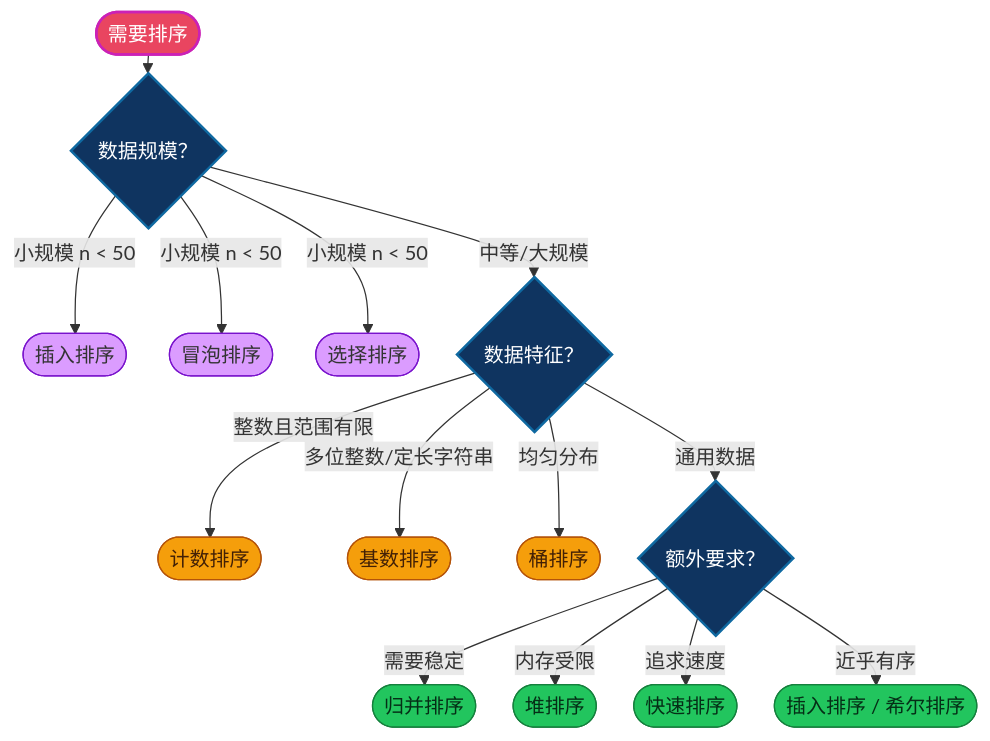
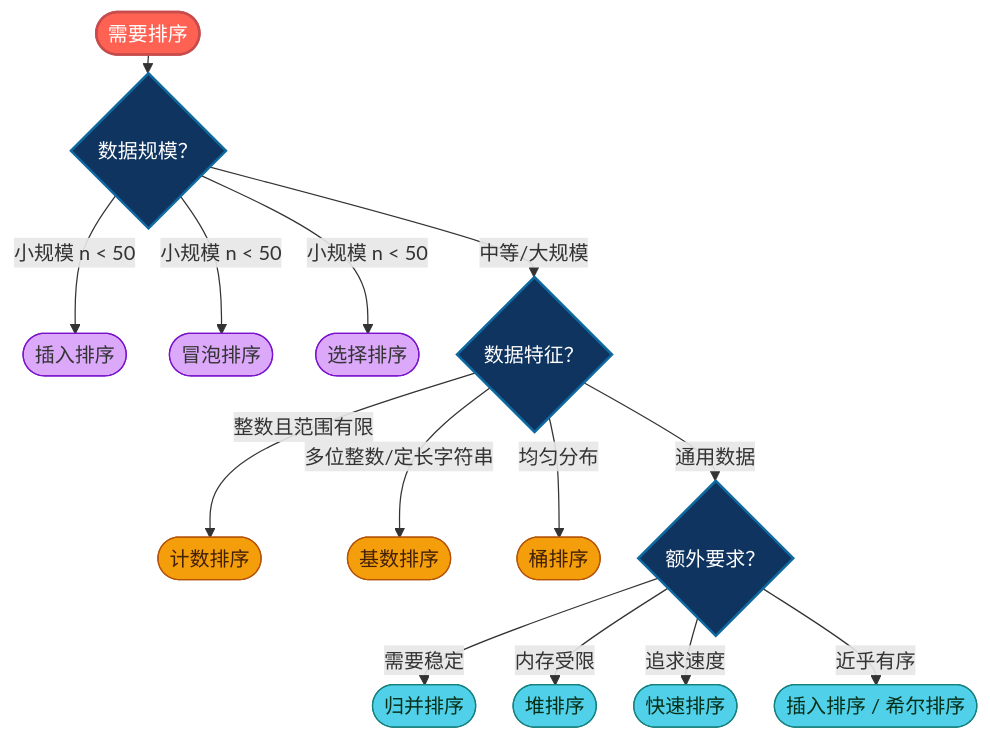
Before and after one commit to microwind/algorithms: diagram 15 of 15 in sorting/AI-Era-Top-10-Sorting-Algorithms.md, drawn with Mermaid. The commit also changed other lines of this file and 2 other files, not shown here.

````diff
--- a/sorting/AI-Era-Top-10-Sorting-Algorithms.md
+++ b/sorting/AI-Era-Top-10-Sorting-Algorithms.md
@@ -869,31 +939,31 @@
 ```mermaid
 %%{init: {'flowchart': {'nodeSpacing': 30, 'rankSpacing': 15, 'padding': 10}}}%%
 graph TB
     START(["需要排序"]):::start --> Q1{"数据规模？"}
 
     Q1 -->|"小规模 n < 50"| A1(["插入排序"]):::small
     Q1 -->|"小规模 n < 50"| A1b(["冒泡排序"]):::small
     Q1 -->|"小规模 n < 50"| A1c(["选择排序"]):::small
 
     Q1 -->|"中等/大规模"| Q2{"数据特征？"}
 
     Q2 -->|"整数且范围有限"| A2(["计数排序"]):::noncmp
     Q2 -->|"多位整数/定长字符串"| A3(["基数排序"]):::noncmp
     Q2 -->|"均匀分布"| A4(["桶排序"]):::noncmp
     Q2 -->|"通用数据"| Q3{"额外要求？"}
 
     Q3 -->|"需要稳定"| A5(["归并排序"]):::cmp
     Q3 -->|"内存受限"| A6(["堆排序"]):::cmp
     Q3 -->|"追求速度"| A7(["快速排序"]):::cmp
     Q3 -->|"近乎有序"| A8(["插入排序 / 希尔排序"]):::cmp
 
     %% 样式定义（统一圆角 + 分层颜色）
-    classDef start fill:#e94560,color:#fff,stroke:#cb21b6,stroke-width:2px,rx:12,ry:12
+    classDef start fill:#FF6253,color:#fff,stroke:#c94c4c,stroke-width:2px,rx:12,ry:12
     classDef question fill:#0f3460,color:#fff,stroke:#0f69a1,stroke-width:2px,rx:10,ry:10
-    classDef small fill:#DB9CFF,stroke:#483d8b,stroke:#7913CC,rx:10,ry:10
-    classDef cmp fill:#22c55e,color:#052e16,stroke:#15803d,rx:10,ry:10
+    classDef small fill:#DCA8FA,stroke:#483d8b,stroke:#7913CC,rx:10,ry:10
+    classDef cmp fill:#51D0EA,color:#052e16,stroke:#15807C,rx:10,ry:10
     classDef noncmp fill:#f59e0b,color:#422006,stroke:#b45309,rx:10,ry:10
 
     class START start
     class Q1,Q2,Q3 question
 ```
````
